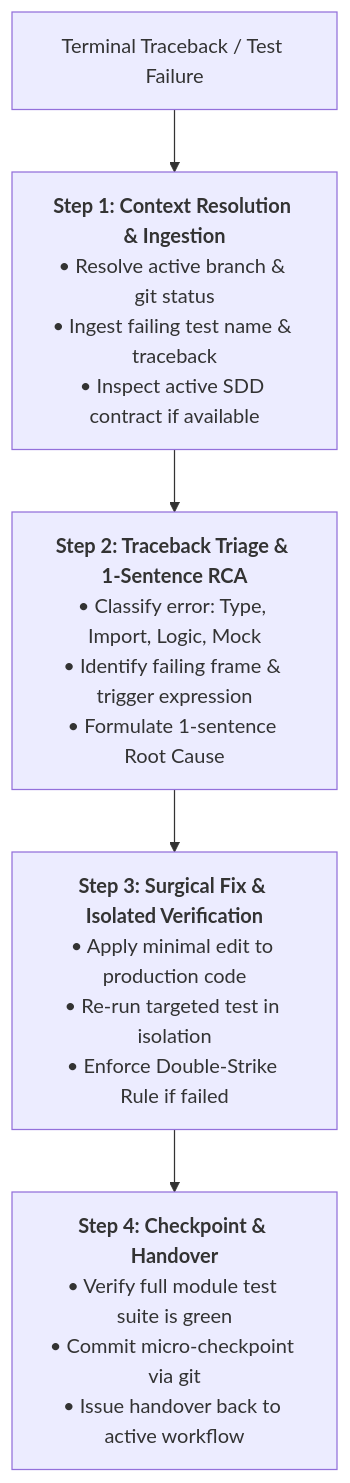
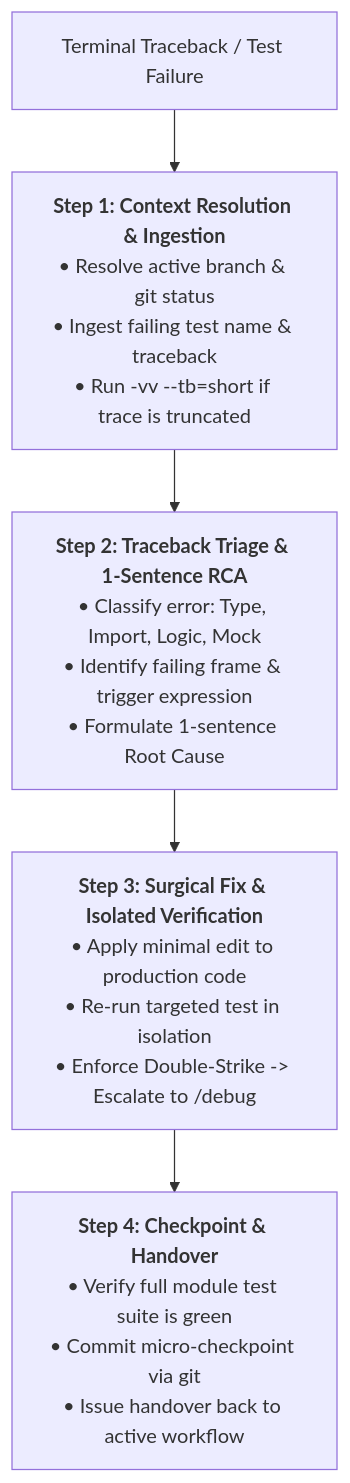
One commit to MarcosVeniciu/antigravity-agentic-skills changed the diagram in skills/test-fix/SKILL.md. Above: the diagram before and after it, drawn with Mermaid. The commit also changed other lines of this file and 10 other files, not shown here.

````diff
--- a/skills/test-fix/SKILL.md
+++ b/skills/test-fix/SKILL.md
@@ -25,7 +26,7 @@
 ```mermaid
 flowchart TD
-    Trace["Terminal Traceback / Test Failure"] --> S1["<b>Step 1: Context Resolution & Ingestion</b><br/>• Resolve active branch & git status<br/>• Ingest failing test name & traceback<br/>• Inspect active SDD contract if available"]
+    Trace["Terminal Traceback / Test Failure"] --> S1["<b>Step 1: Context Resolution & Ingestion</b><br/>• Resolve active branch & git status<br/>• Ingest failing test name & traceback<br/>• Run -vv --tb=short if trace is truncated"]
     S1 --> S2["<b>Step 2: Traceback Triage & 1-Sentence RCA</b><br/>• Classify error: Type, Import, Logic, Mock<br/>• Identify failing frame & trigger expression<br/>• Formulate 1-sentence Root Cause"]
-    S2 --> S3["<b>Step 3: Surgical Fix & Isolated Verification</b><br/>• Apply minimal edit to production code<br/>• Re-run targeted test in isolation<br/>• Enforce Double-Strike Rule if failed"]
+    S2 --> S3["<b>Step 3: Surgical Fix & Isolated Verification</b><br/>• Apply minimal edit to production code<br/>• Re-run targeted test in isolation<br/>• Enforce Double-Strike -> Escalate to /debug"]
     S3 --> S4["<b>Step 4: Checkpoint & Handover</b><br/>• Verify full module test suite is green<br/>• Commit micro-checkpoint via git<br/>• Issue handover back to active workflow"]
 ```
````
